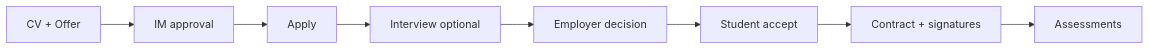
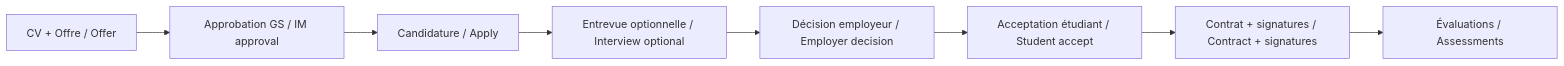
Before and after one commit to iAscen/InternOse: the diagram in README.md, drawn with Mermaid. The commit also changed other lines of this file, not shown here.

````diff
--- a/README.md
+++ b/README.md
@@ -22,10 +35,10 @@
 ```mermaid
 flowchart LR
-  A[CV + Offer] --> B[IM approval]
-  B --> C[Apply]
-  C --> D[Interview optional]
-  D --> E[Employer decision]
-  E --> F[Student accept]
-  F --> G[Contract + signatures]
-  G --> H[Assessments]
+  A[CV + Offre / Offer] --> B[Approbation GS / IM approval]
+  B --> C[Candidature / Apply]
+  C --> D[Entrevue optionnelle / Interview optional]
+  D --> E[Décision employeur / Employer decision]
+  E --> F[Acceptation étudiant / Student accept]
+  F --> G[Contrat + signatures / Contract + signatures]
+  G --> H[Évaluations / Assessments]
 ```
````
